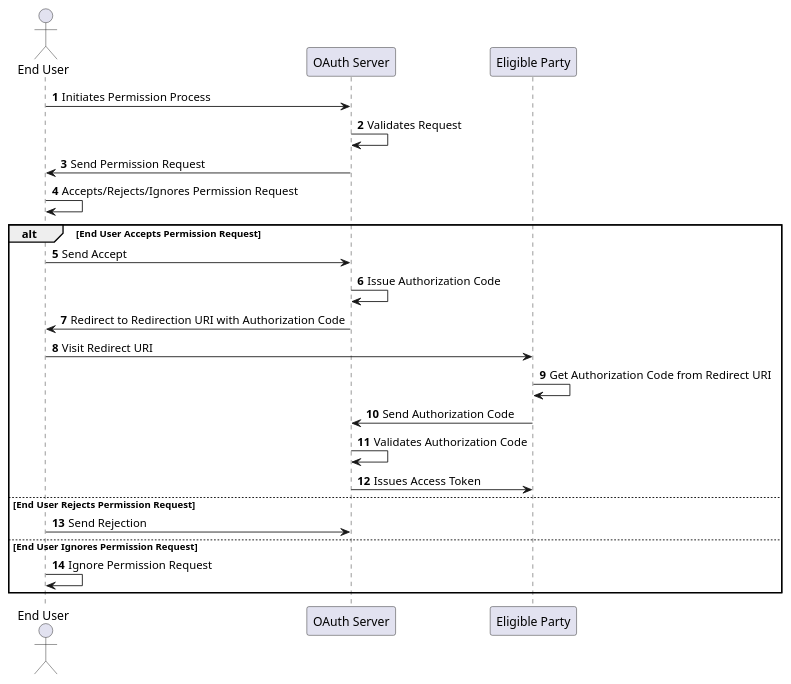
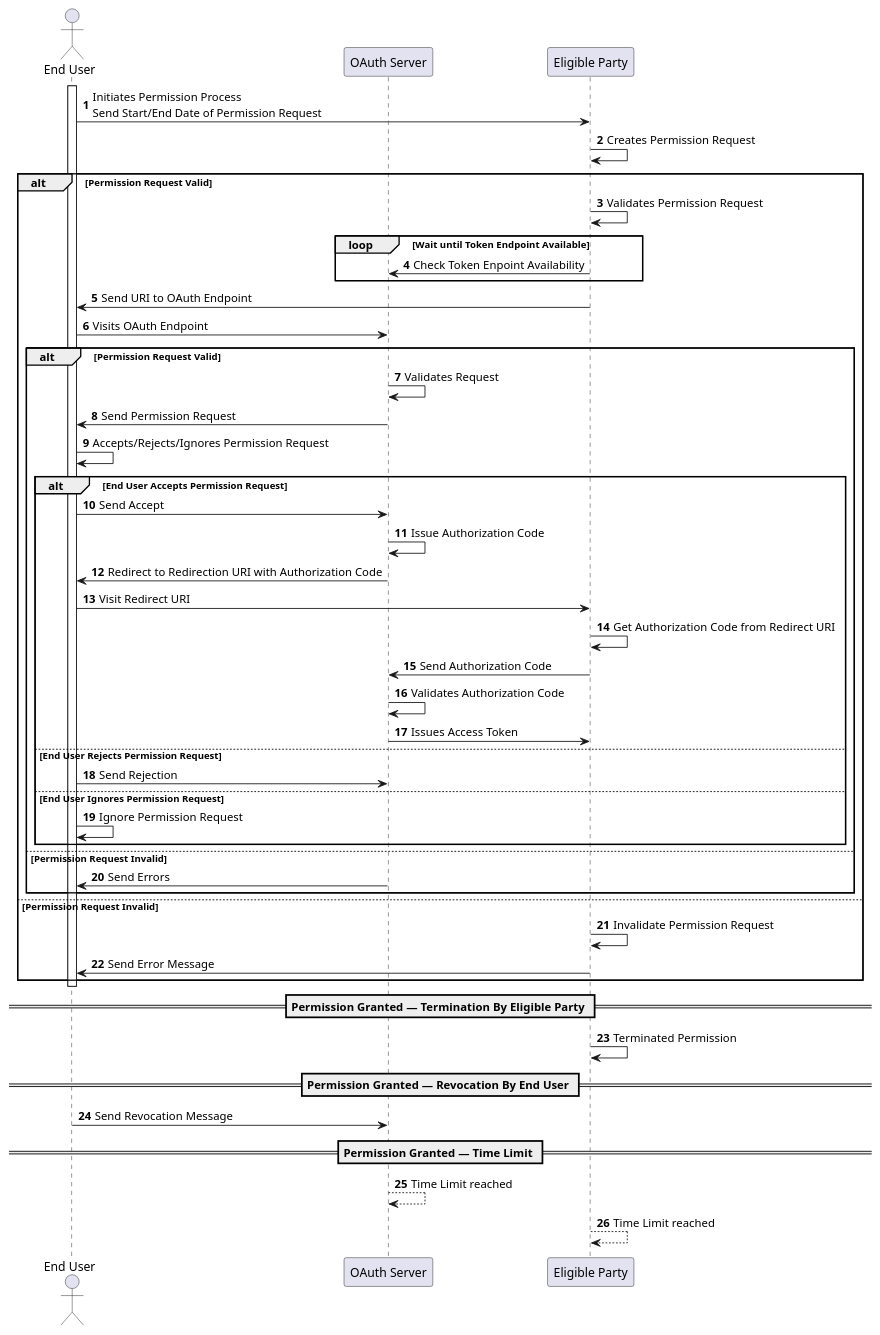
One commit to fweingartshofer/mc-sw-paper changed the diagram in src/assets/enedis/process-model-seq.puml. Above: the diagram before and after it, drawn with PlantUML. The commit also changed 3 other files, not shown here.

Commit message:
Rework diagrams and description

```diff
--- a/src/assets/enedis/process-model-seq.puml
+++ b/src/assets/enedis/process-model-seq.puml
@@ -1,25 +1,52 @@
 @startuml
 autonumber
 actor user as "End User"
 participant oauth as "OAuth Server"
 participant ep as "Eligible Party"
+activate user
+user -> ep : Initiates Permission Process\nSend Start/End Date of Permission Request
+ep -> ep : Creates Permission Request
+alt Permission Request Valid
+  ep -> ep : Validates Permission Request
+  loop Wait until Token Endpoint Available
+    ep -> oauth : Check Token Enpoint Availability
+  end
+  ep -> user : Send URI to OAuth Endpoint
+  user -> oauth : Visits OAuth Endpoint
+  alt Permission Request Valid
+      oauth -> oauth : Validates Request
+      oauth -> user : Send Permission Request
+      user -> user : Accepts/Rejects/Ignores Permission Request
+      alt End User Accepts Permission Request
+        user -> oauth : Send Accept
+        oauth -> oauth : Issue Authorization Code
+        oauth -> user : Redirect to Redirection URI with Authorization Code
+        user -> ep : Visit Redirect URI
+        ep -> ep : Get Authorization Code from Redirect URI
+        ep -> oauth : Send Authorization Code
+        oauth -> oauth : Validates Authorization Code
+        oauth -> ep : Issues Access Token
+      else End User Rejects Permission Request
+        user -> oauth : Send Rejection
+      else End User Ignores Permission Request
+        user -> user : Ignore Permission Request
+      end
+  else Permission Request Invalid
+    oauth -> user : Send Errors
+  end
+else Permission Request Invalid
+  ep -> ep : Invalidate Permission Request
+  ep -> user : Send Error Message
+end
+deactivate user
 
-user -> oauth : Initiates Permission Process
-oauth -> oauth : Validates Request
-oauth -> user : Send Permission Request
-user -> user : Accepts/Rejects/Ignores Permission Request
-alt End User Accepts Permission Request
-user -> oauth : Send Accept
-oauth -> oauth : Issue Authorization Code
-oauth -> user : Redirect to Redirection URI with Authorization Code
-user -> ep : Visit Redirect URI
-ep -> ep : Get Authorization Code from Redirect URI
-ep -> oauth : Send Authorization Code
-oauth -> oauth : Validates Authorization Code
-oauth -> ep : Issues Access Token
-else End User Rejects Permission Request
-user -> oauth : Send Rejection
-else End User Ignores Permission Request
-user -> user : Ignore Permission Request
-end
+== Permission Granted — Termination By Eligible Party ==
+ep -> ep : Terminated Permission
+
+== Permission Granted — Revocation By End User ==
+user -> oauth : Send Revocation Message
+
+== Permission Granted — Time Limit ==
+oauth --> oauth : Time Limit reached
+ep --> ep : Time Limit reached
 @enduml
```
